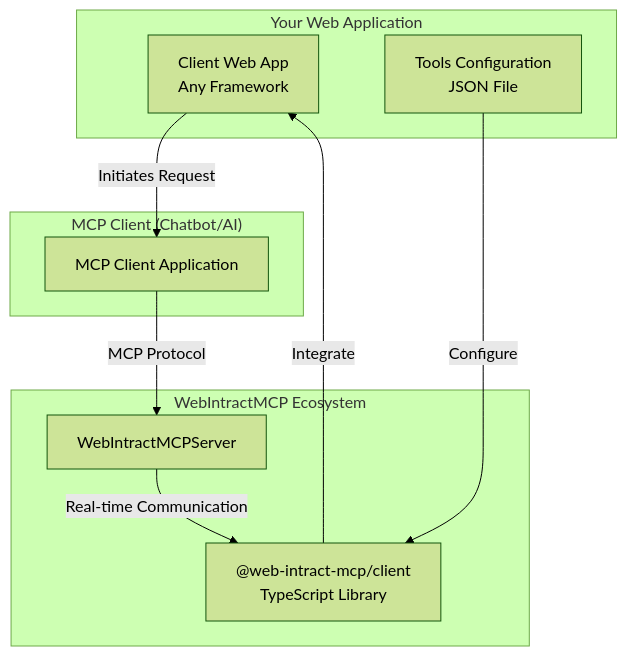
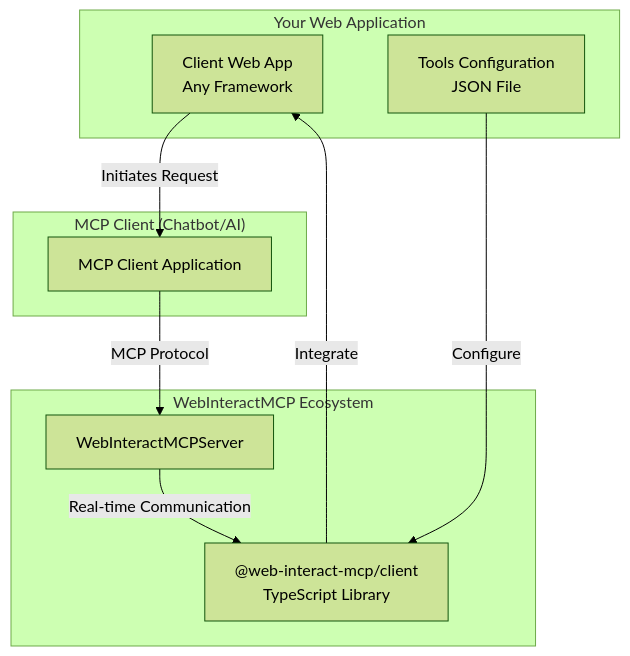
The diagram in website/content/docs/latest/getting-started.md (Vijay-Nirmal/WebInteractMCP), drawn with Mermaid (forest theme) before and after one commit. The commit also changed other lines of this file and 89 other files, not shown here.

Commit message:
WebIntractMCP to WebInteractMCP (#16)

````diff
--- a/website/content/docs/latest/getting-started.md
+++ b/website/content/docs/latest/getting-started.md
@@ -25,22 +25,22 @@
 ```mermaid
 graph TB
     subgraph "Your Web Application"
         D[Client Web App<br/>Any Framework]
         E[Tools Configuration<br/>JSON File]
     end
     
-    subgraph "WebIntractMCP Ecosystem"
-        B[WebIntractMCPServer]
-        C["@web-intract-mcp/client"<br/>TypeScript Library]
+    subgraph "WebInteractMCP Ecosystem"
+        B[WebInteractMCPServer]
+        C["@web-interact-mcp/client"<br/>TypeScript Library]
     end
     
     subgraph "MCP Client (Chatbot/AI)"
         A[MCP Client Application]
     end
     
     D -->|Initiates Request| A
     A -->|MCP Protocol| B
     B -->|Real-time Communication| C
     C -->|Integrate| D
     E -->|Configure| C
 ```
````
